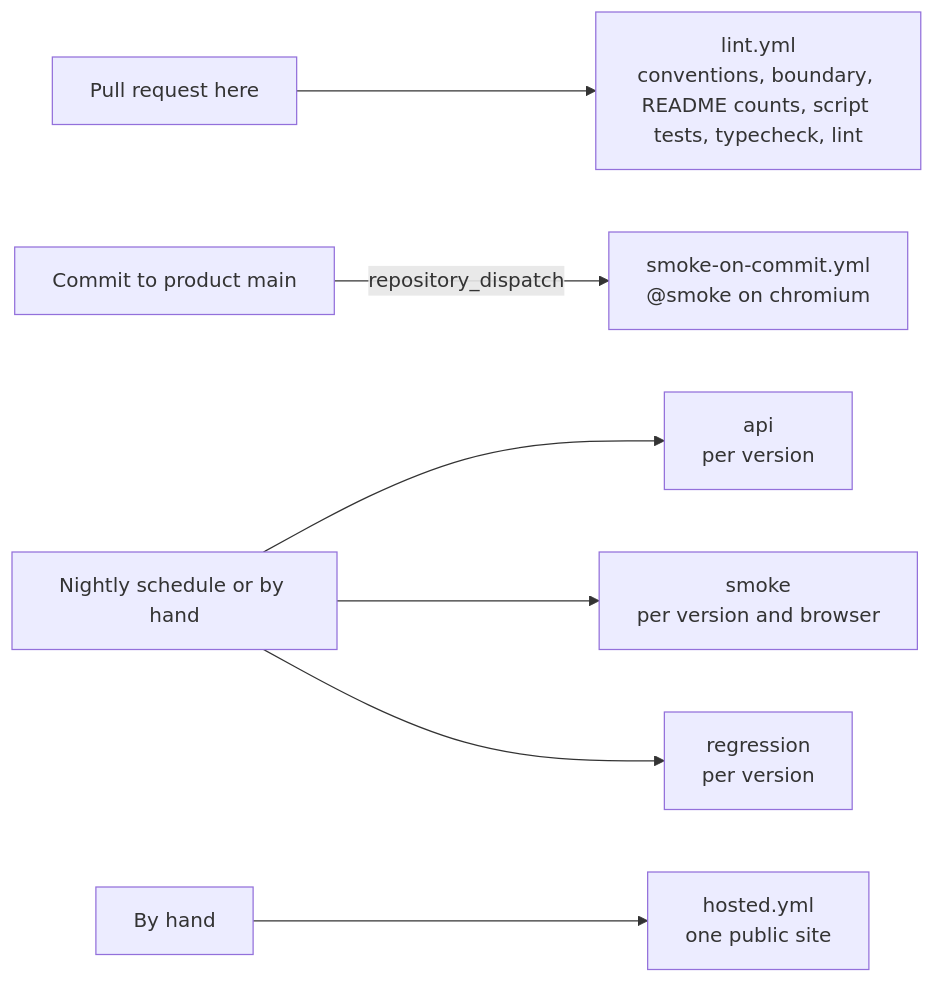
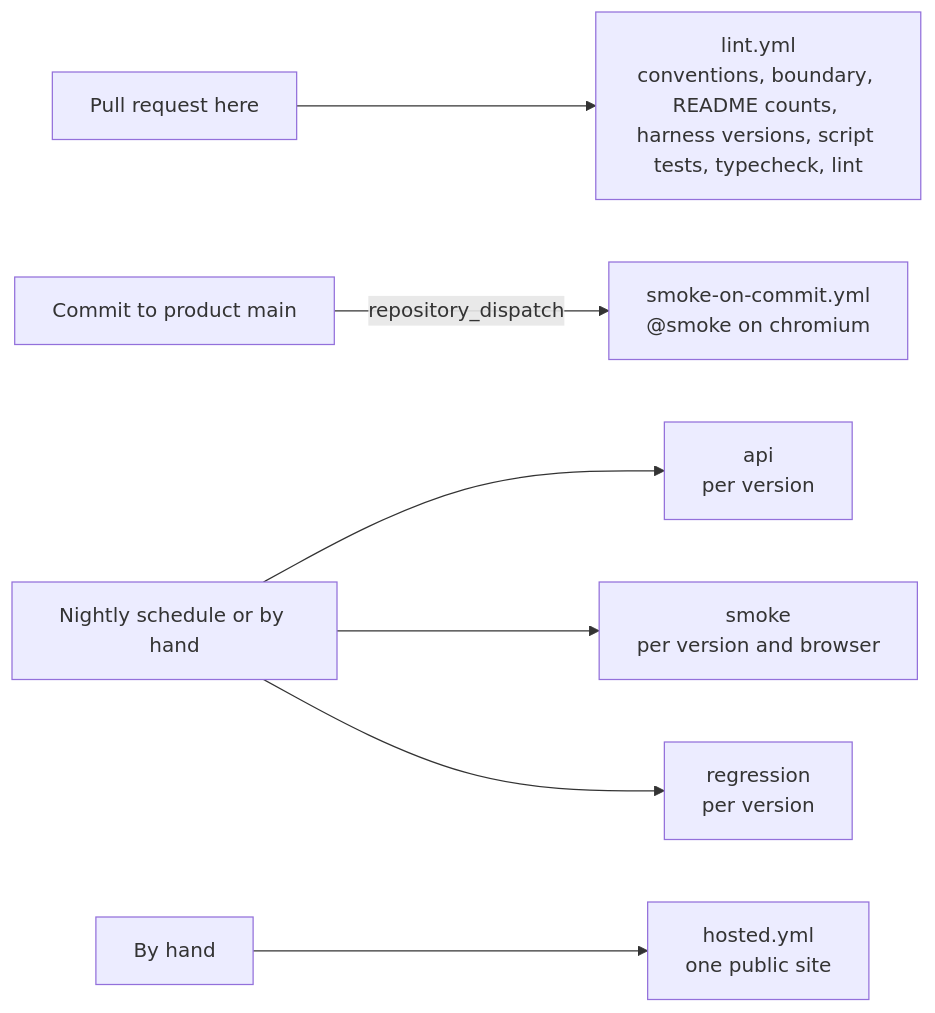
The second of 2 diagrams in README.md (AndreyPilipchenko/sample-playwright-framework), drawn with Mermaid before and after one commit. The commit also changed other lines of this file and 8 other files, not shown here.

First line of the commit message:
Keep Playwright and Allure at the versions the harness supports (#83)

````diff
--- a/README.md
+++ b/README.md
@@ -114,9 +114,9 @@
 ```mermaid
 flowchart LR
-    pr["Pull request here"] --> lint["lint.yml<br/>conventions, boundary, README counts, script tests, typecheck, lint"]
+    pr["Pull request here"] --> lint["lint.yml<br/>conventions, boundary, README counts, harness versions, script tests, typecheck, lint"]
     push["Commit to product main"] -->|repository_dispatch| commit["smoke-on-commit.yml<br/>@smoke on chromium"]
     nightly["Nightly schedule or by hand"] --> api["api<br/>per version"]
     nightly --> smoke["smoke<br/>per version and browser"]
     nightly --> regression["regression<br/>per version"]
     manual["By hand"] --> hosted["hosted.yml<br/>one public site"]
 ```
````
